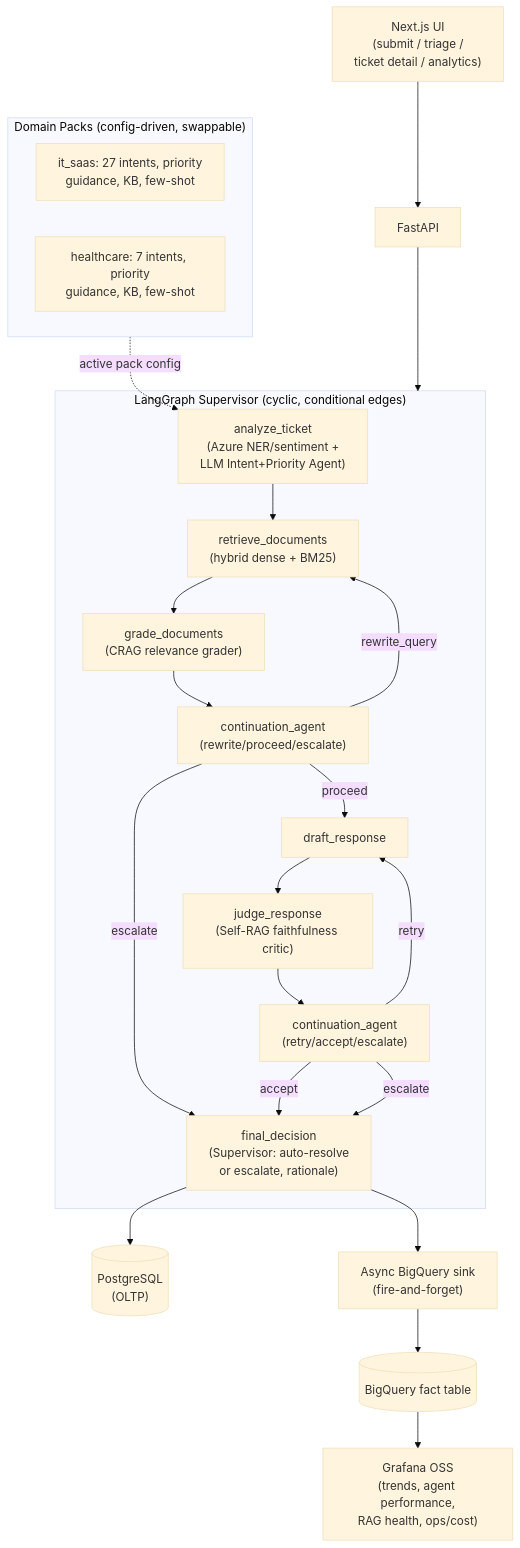
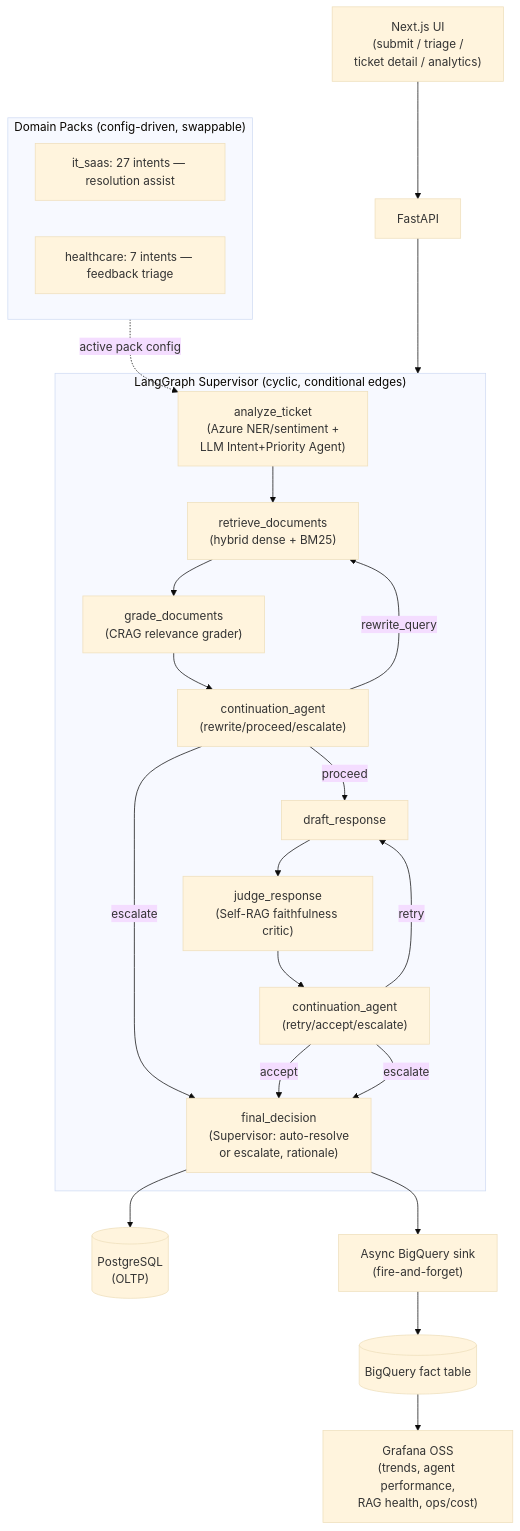
One commit to pallavisharma6802/Multi-Cloud-AI-Agent-for-Ticket-Resolution changed the diagram in README.md. Above: the diagram before and after it, drawn with Mermaid (base theme). The commit also changed other lines of this file and 53 other files, not shown here.

````diff
--- a/README.md
+++ b/README.md
@@ -29,37 +29,37 @@
 ```mermaid
 flowchart TB
     subgraph domainPacks ["Domain Packs (config-driven, swappable)"]
-        itPack["it_saas: 27 intents, priority\nguidance, KB, few-shot"]
-        healthPack["healthcare: 7 intents, priority\nguidance, KB, few-shot"]
+        itPack["it_saas: 27 intents — resolution assist"]
+        healthPack["healthcare: 7 intents — feedback triage"]
     end
 
     subgraph agenticGraph ["LangGraph Supervisor (cyclic, conditional edges)"]
         analyze["analyze_ticket\n(Azure NER/sentiment +\nLLM Intent+Priority Agent)"]
         retrieve["retrieve_documents\n(hybrid dense + BM25)"]
         grade["grade_documents\n(CRAG relevance grader)"]
         cont1["continuation_agent\n(rewrite/proceed/escalate)"]
         draft["draft_response"]
         judge["judge_response\n(Self-RAG faithfulness critic)"]
         cont2["continuation_agent\n(retry/accept/escalate)"]
         final["final_decision\n(Supervisor: auto-resolve\nor escalate, rationale)"]
 
         analyze --> retrieve --> grade --> cont1
         cont1 -->|rewrite_query| retrieve
         cont1 -->|proceed| draft
         cont1 -->|escalate| final
         draft --> judge --> cont2
         cont2 -->|retry| draft
         cont2 -->|accept| final
         cont2 -->|escalate| final
     end
 
     domainPacks -.->|active pack config| analyze
 
     final --> postgres[("PostgreSQL\n(OLTP)")]
     final --> bqSink["Async BigQuery sink\n(fire-and-forget)"]
     bqSink --> bigquery[("BigQuery fact table")]
     bigquery --> grafana["Grafana OSS\n(trends, agent performance,\nRAG health, ops/cost)"]
 
     ui["Next.js UI\n(submit / triage /\nticket detail / analytics)"] --> api["FastAPI"]
     api --> agenticGraph
 ```
````
